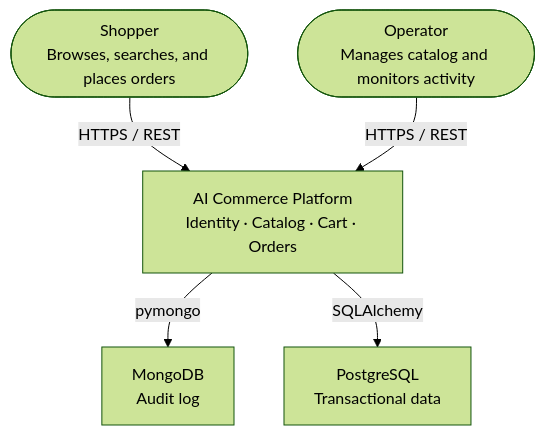
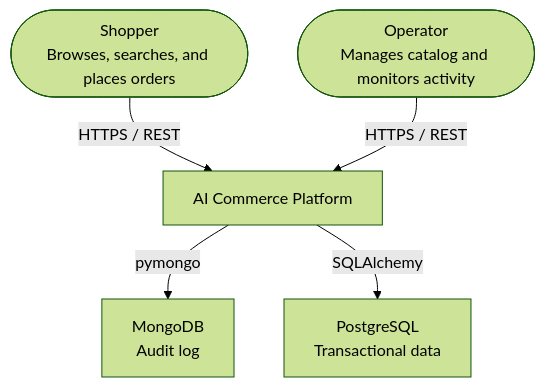
One commit to camercadop/ai-commerce-platform changed the first of 3 diagrams in docs/architecture.md. Above: the diagram before and after it, drawn with Mermaid (forest theme). The commit also changed other lines of this file and 38 other files, not shown here.

````diff
--- a/docs/architecture.md
+++ b/docs/architecture.md
@@ -14,15 +14,15 @@
 ```mermaid
 flowchart TB
     shopper(["Shopper\nBrowses, searches, and places orders"])
     operator(["Operator\nManages catalog and monitors activity"])
 
-    platform["AI Commerce Platform\nIdentity · Catalog · Cart · Orders"]
+    platform["AI Commerce Platform"]
 
     mongo["MongoDB\nAudit log"]
     postgres["PostgreSQL\nTransactional data"]
 
     shopper -- "HTTPS / REST" --> platform
     operator -- "HTTPS / REST" --> platform
     platform -- "pymongo" --> mongo
     platform -- "SQLAlchemy" --> postgres
 ```
````
